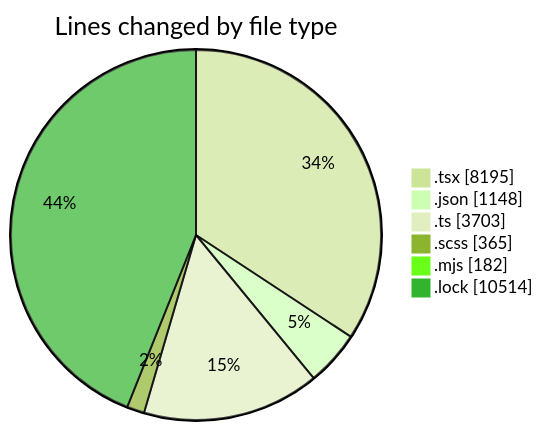
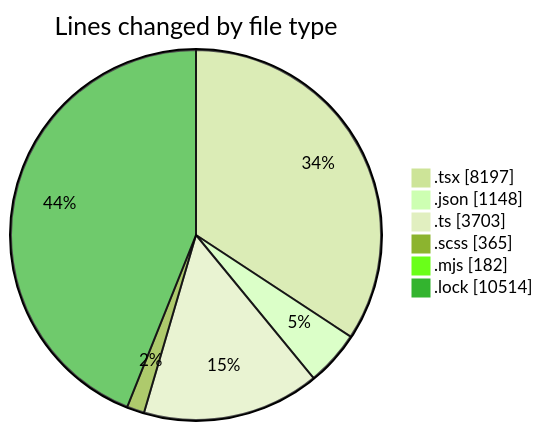
The first of 2 diagrams in 2026-05-12/cda/README.md (momahboobian/code-tracking), drawn with Mermaid (forest theme) before and after one commit. The commit also changed other lines of this file and 1 other file, not shown here.

````diff
--- a/2026-05-12/cda/README.md
+++ b/2026-05-12/cda/README.md
@@ -52,10 +52,10 @@
 ```mermaid
 pie showData
 title Lines changed by file type
-".tsx" : 8195
+".tsx" : 8197
 ".json" : 1148
 ".ts" : 3703
 ".scss" : 365
 ".mjs" : 182
 ".lock" : 10514
 ```
````
